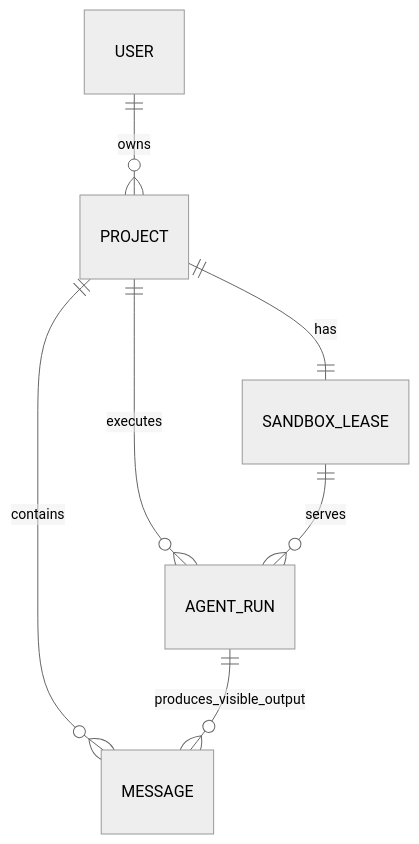
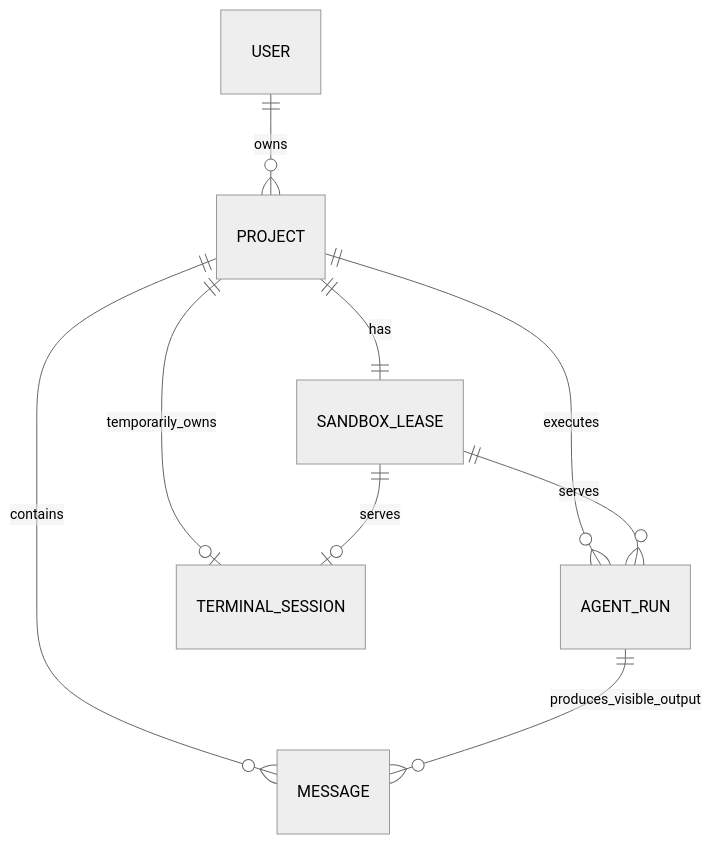
One commit to DeyunMa/agent-online changed the diagram in CONTEXT.md. Above: the diagram before and after it, drawn with Mermaid (neutral theme). The commit also changed other lines of this file and 53 other files, not shown here.

First line of the commit message:
feat(terminal): add controlled project pty

````diff
--- a/CONTEXT.md
+++ b/CONTEXT.md
@@ -28,9 +29,11 @@
 ```mermaid
 erDiagram
     USER ||--o{ PROJECT : owns
     PROJECT ||--o{ MESSAGE : contains
     PROJECT ||--|| SANDBOX_LEASE : has
     PROJECT ||--o{ AGENT_RUN : executes
+    PROJECT ||--o| TERMINAL_SESSION : temporarily_owns
     SANDBOX_LEASE ||--o{ AGENT_RUN : serves
+    SANDBOX_LEASE ||--o| TERMINAL_SESSION : serves
     AGENT_RUN ||--o{ MESSAGE : produces_visible_output
 ```
````
